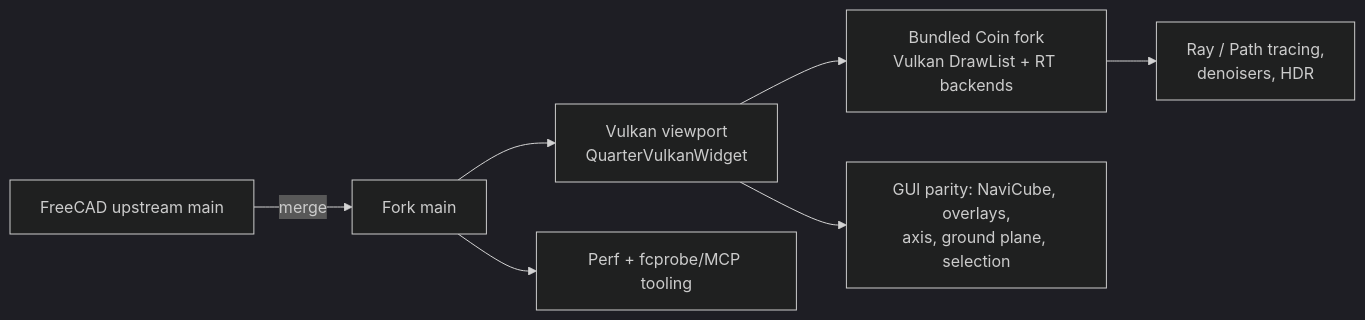
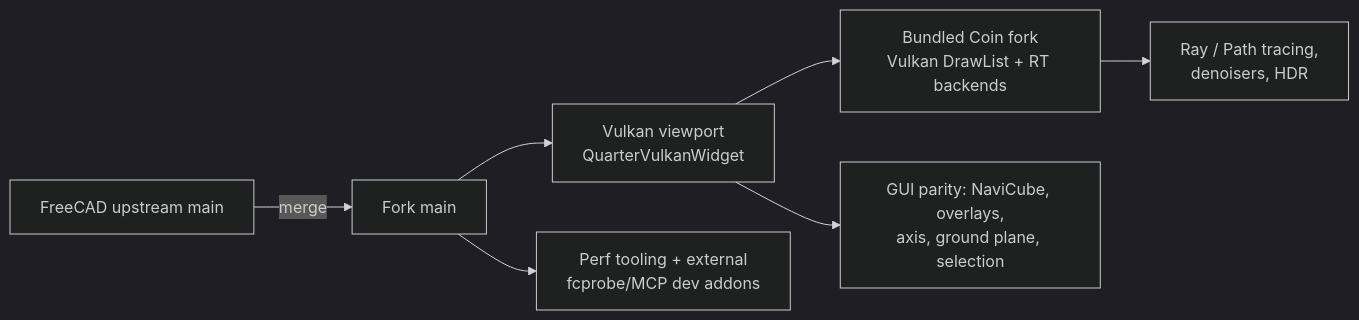
The diagram in README2.md (brianmk/FreeCAD-vulkan), drawn with Mermaid (dark theme) before and after one commit. The commit also changed other lines of this file and 134 other files, not shown here.

First line of the commit message:
Tooling: move the fcprobe/MCP harness and Assistant addon out of the tree

````diff
--- a/README2.md
+++ b/README2.md
@@ -22,9 +24,9 @@
 ```mermaid
 flowchart LR
     U[FreeCAD upstream main] -->|merge| F[Fork main]
     F --> V[Vulkan viewport<br/>QuarterVulkanWidget]
     V --> C[Bundled Coin fork<br/>Vulkan DrawList + RT backends]
     V --> O[GUl parity: NaviCube, overlays,<br/>axis, ground plane, selection]
     C --> RT[Ray / Path tracing,<br/>denoisers, HDR]
-    F --> P[Perf + fcprobe/MCP tooling]
+    F --> P[Perf tooling + external<br/>fcprobe/MCP dev addons]
 ```
````
